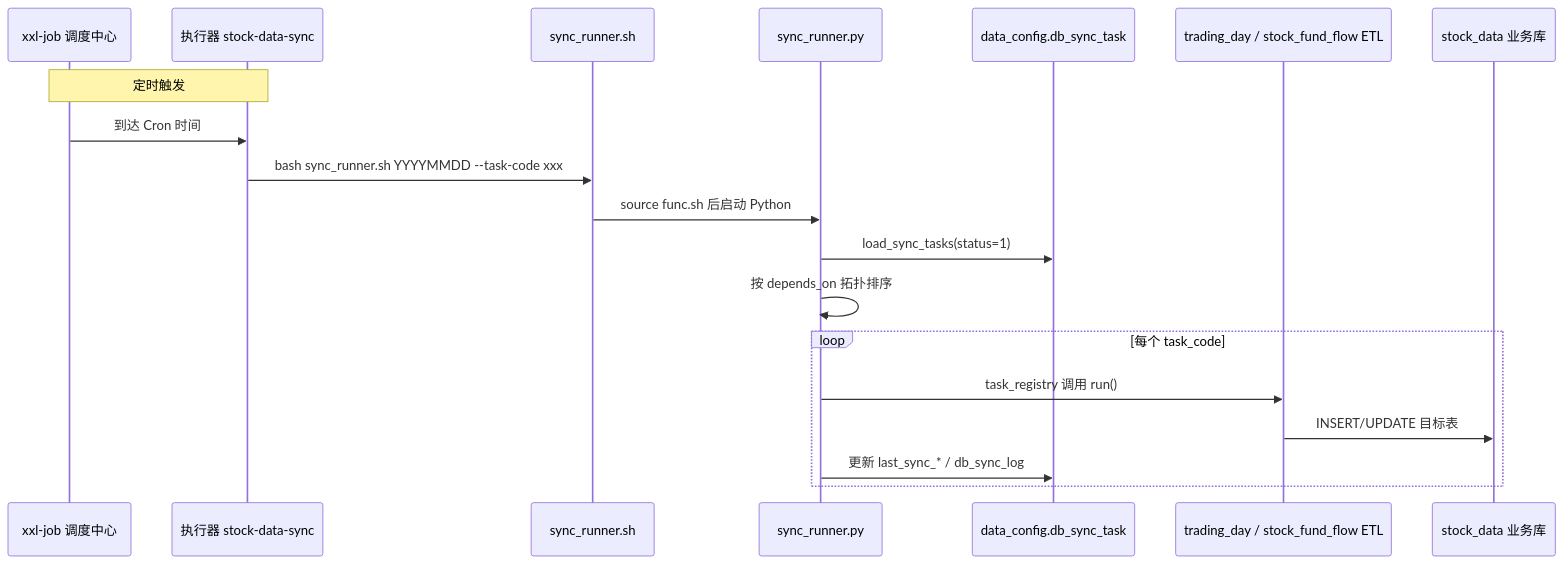
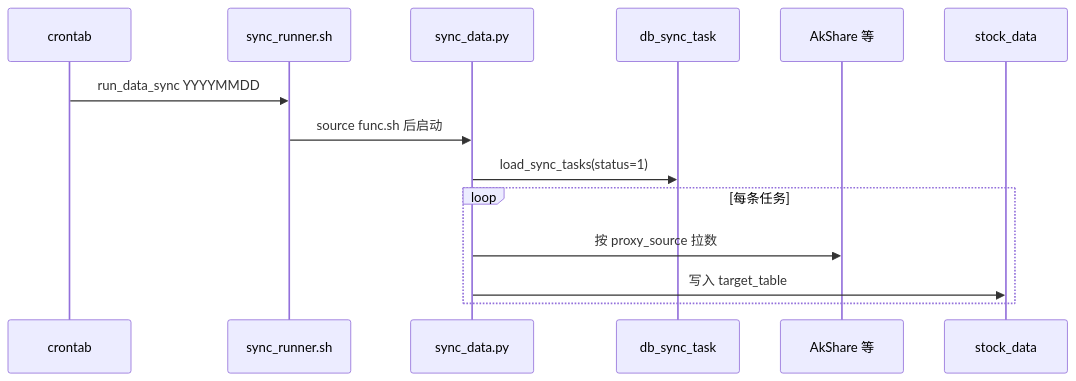
One commit to jinlujie111/stock_data changed the diagram in 调度执行流程.md. Above: the diagram before and after it, drawn with Mermaid. The commit also changed other lines of this file and 16 other files, not shown here.

````diff
--- a/调度执行流程.md
+++ b/调度执行流程.md
@@ -17,22 +17,17 @@
 ```mermaid
 sequenceDiagram
-    participant XXL as xxl-job 调度中心
-    participant EX as 执行器 stock-data-sync
+    participant CRON as crontab
     participant SH as sync_runner.sh
-    participant PY as sync_runner.py
-    participant CFG as data_config.db_sync_task
-    participant ETL as trading_day / stock_fund_flow ETL
-    participant DB as stock_data 业务库
+    participant PY as sync_data.py
+    participant CFG as db_sync_task
+    participant API as AkShare 等
+    participant DB as stock_data
 
-    Note over XXL,EX: 定时触发
-    XXL->>EX: 到达 Cron 时间
-    EX->>SH: bash sync_runner.sh YYYYMMDD --task-code xxx
-    SH->>PY: source func.sh 后启动 Python
+    CRON->>SH: run_data_sync YYYYMMDD
+    SH->>PY: source func.sh 后启动
     PY->>CFG: load_sync_tasks(status=1)
-    PY->>PY: 按 depends_on 拓扑排序
-    loop 每个 task_code
-        PY->>ETL: task_registry 调用 run()
-        ETL->>DB: INSERT/UPDATE 目标表
-        PY->>CFG: 更新 last_sync_* / db_sync_log
+    loop 每条任务
+        PY->>API: 按 proxy_source 拉数
+        PY->>DB: 写入 target_table
     end
 ```
````
